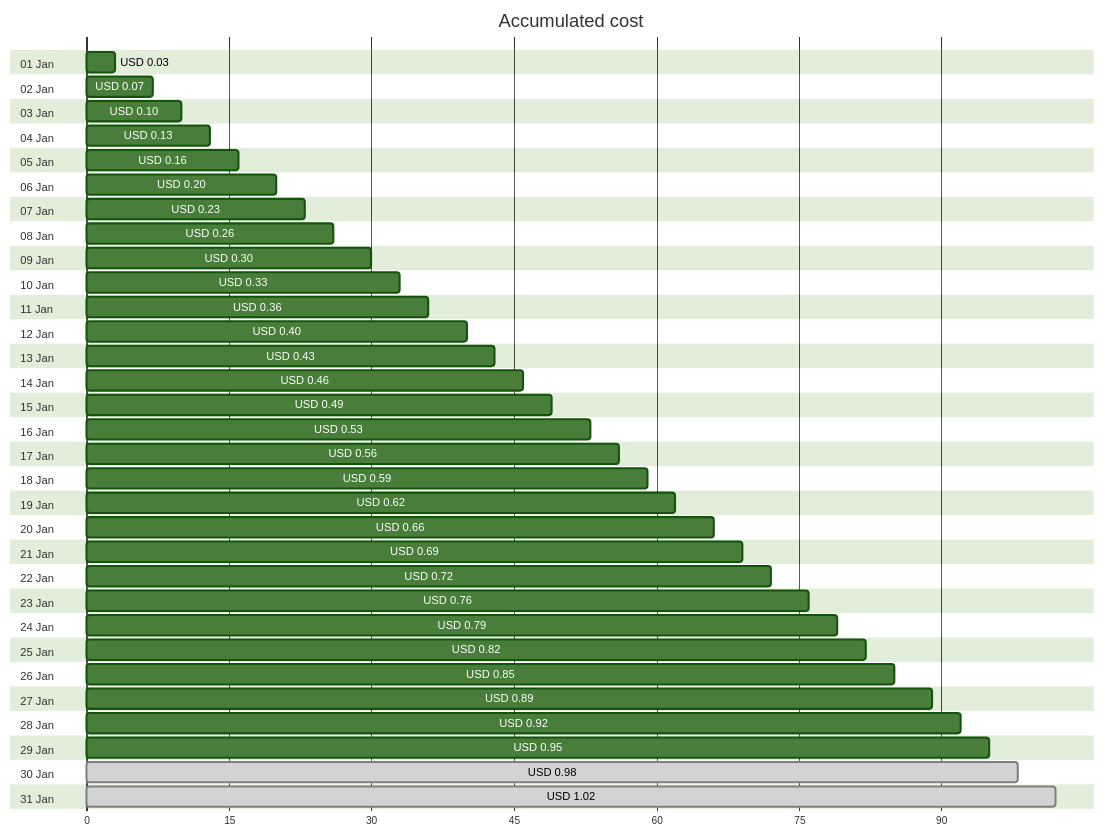
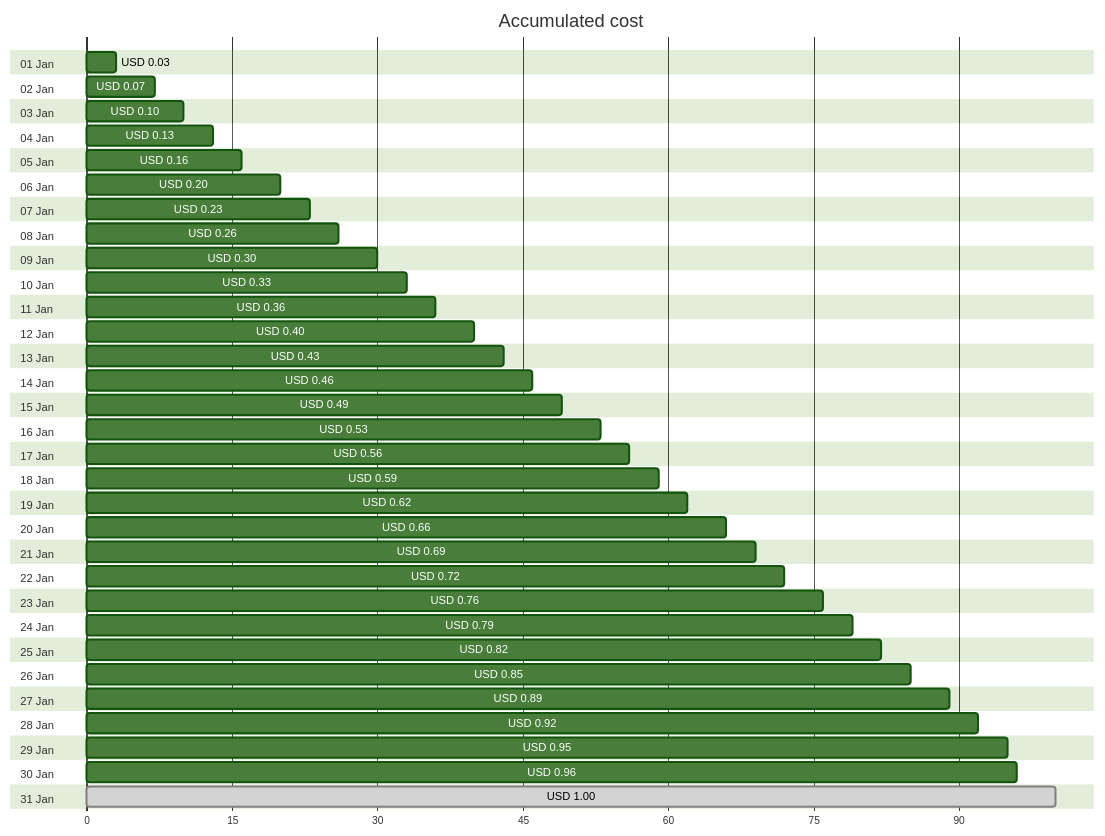
Before and after one commit to jpfulton/azure-personal-reports: the first of 4 diagrams in cost-reports/personal-dns/README.md, drawn with Mermaid (forest theme). The commit also changed other lines of this file and 2 other files, not shown here.

````diff
--- a/cost-reports/personal-dns/README.md
+++ b/cost-reports/personal-dns/README.md
@@ -20,68 +20,68 @@
 ```mermaid
 gantt
    title Accumulated cost
    dateFormat  X
    axisFormat %s
    section 01 Jan
    USD 0.03 :0, 3
    section 02 Jan
    USD 0.07 :0, 7
    section 03 Jan
    USD 0.10 :0, 10
    section 04 Jan
    USD 0.13 :0, 13
    section 05 Jan
    USD 0.16 :0, 16
    section 06 Jan
    USD 0.20 :0, 20
    section 07 Jan
    USD 0.23 :0, 23
    section 08 Jan
    USD 0.26 :0, 26
    section 09 Jan
    USD 0.30 :0, 30
    section 10 Jan
    USD 0.33 :0, 33
    section 11 Jan
    USD 0.36 :0, 36
    section 12 Jan
    USD 0.40 :0, 40
    section 13 Jan
    USD 0.43 :0, 43
    section 14 Jan
    USD 0.46 :0, 46
    section 15 Jan
    USD 0.49 :0, 49
    section 16 Jan
    USD 0.53 :0, 53
    section 17 Jan
    USD 0.56 :0, 56
    section 18 Jan
    USD 0.59 :0, 59
    section 19 Jan
    USD 0.62 :0, 62
    section 20 Jan
    USD 0.66 :0, 66
    section 21 Jan
    USD 0.69 :0, 69
    section 22 Jan
    USD 0.72 :0, 72
    section 23 Jan
    USD 0.76 :0, 76
    section 24 Jan
    USD 0.79 :0, 79
    section 25 Jan
    USD 0.82 :0, 82
    section 26 Jan
    USD 0.85 :0, 85
    section 27 Jan
    USD 0.89 :0, 89
    section 28 Jan
    USD 0.92 :0, 92
    section 29 Jan
    USD 0.95 :0, 95
    section 30 Jan
-   USD 0.98 : done, 0, 98
+   USD 0.96 :0, 96
    section 31 Jan
-   USD 1.02 : done, 0, 102
+   USD 1.00 : done, 0, 100
 ```
````
